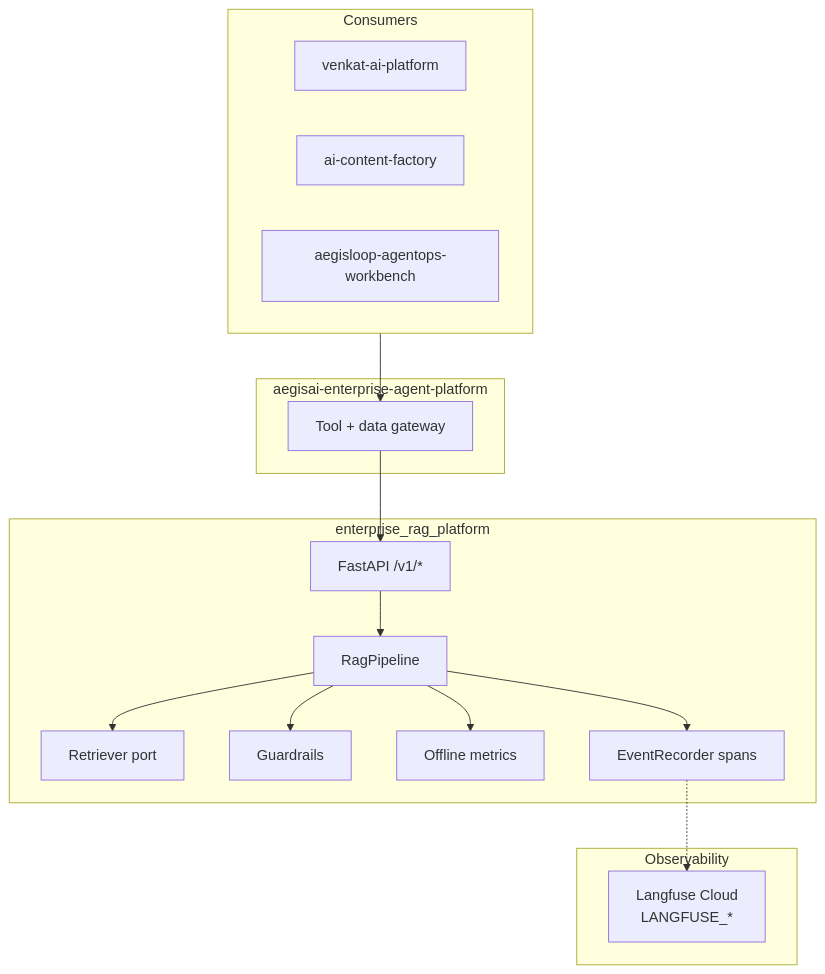
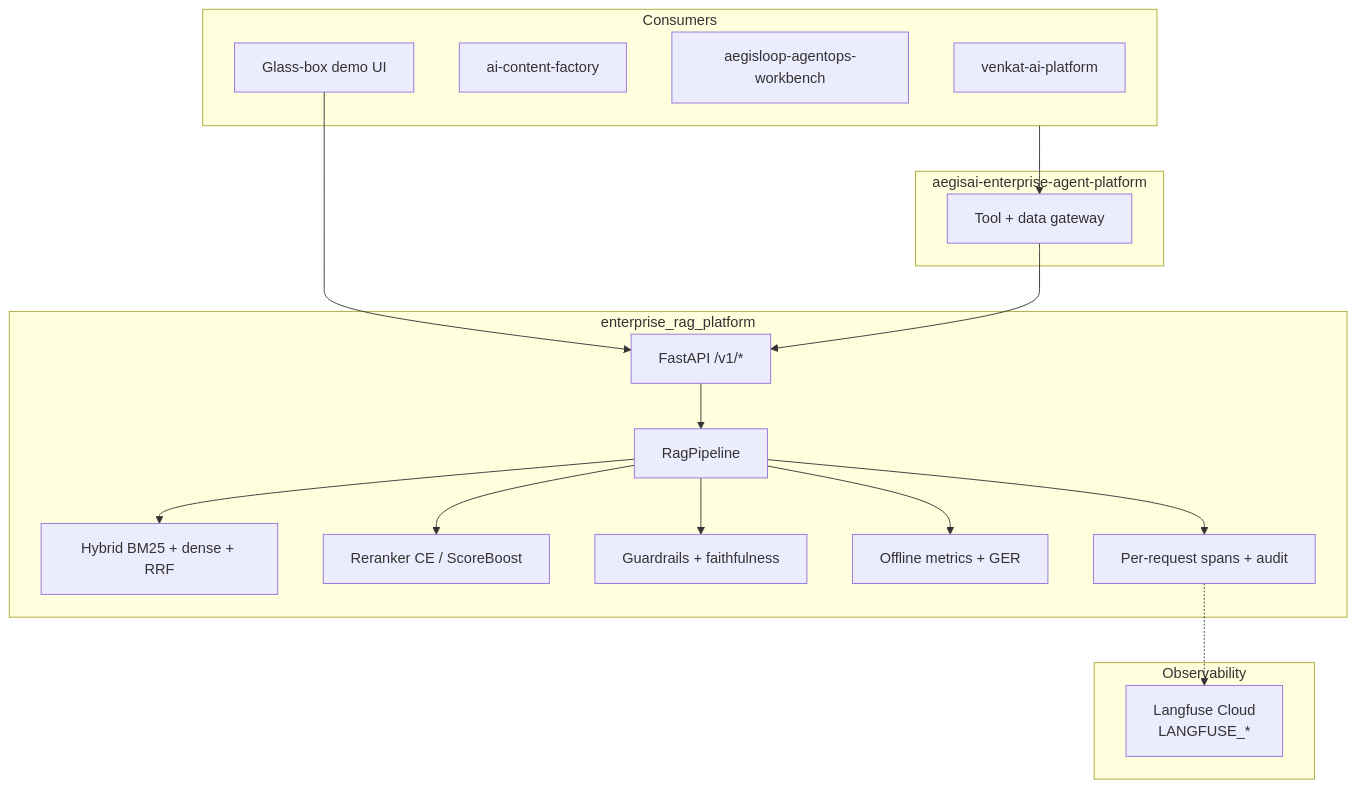
One commit to vpeetla-ai/enterprise_rag_platform changed the diagram in docs/ARCHITECTURE.md. Above: the diagram before and after it, drawn with Mermaid. The commit also changed other lines of this file and 21 other files, not shown here.

First line of the commit message:
Close Top-1% plan gaps: Qdrant hybrid RRF, eval CI gates, rate limits, OCR. (#10)

````diff
--- a/docs/ARCHITECTURE.md
+++ b/docs/ARCHITECTURE.md
@@ -12,34 +12,38 @@
 ```mermaid
 flowchart TB
   subgraph Clients["Consumers"]
     VAP["venkat-ai-platform"]
     ACF["ai-content-factory"]
     AL["aegisloop-agentops-workbench"]
+    Demo["Glass-box demo UI"]
   end
 
   subgraph Gateway["aegisai-enterprise-agent-platform"]
     GW["Tool + data gateway"]
   end
 
   subgraph RAG["enterprise_rag_platform"]
     API["FastAPI /v1/*"]
     PIPE["RagPipeline"]
-    RET["Retriever port"]
-    GR["Guardrails"]
-    EVAL["Offline metrics"]
-    TEL["EventRecorder spans"]
+    RET["Hybrid BM25 + dense + RRF"]
+    RR["Reranker CE / ScoreBoost"]
+    GR["Guardrails + faithfulness"]
+    EVAL["Offline metrics + GER"]
+    TEL["Per-request spans + audit"]
   end
 
   subgraph Obs["Observability"]
     LF["Langfuse Cloud<br/>LANGFUSE_*"]
   end
 
   Clients --> GW
+  Demo --> API
   GW --> API
   API --> PIPE
   PIPE --> RET
+  PIPE --> RR
   PIPE --> GR
   PIPE --> EVAL
   PIPE --> TEL
   TEL -.-> LF
 ```
````
